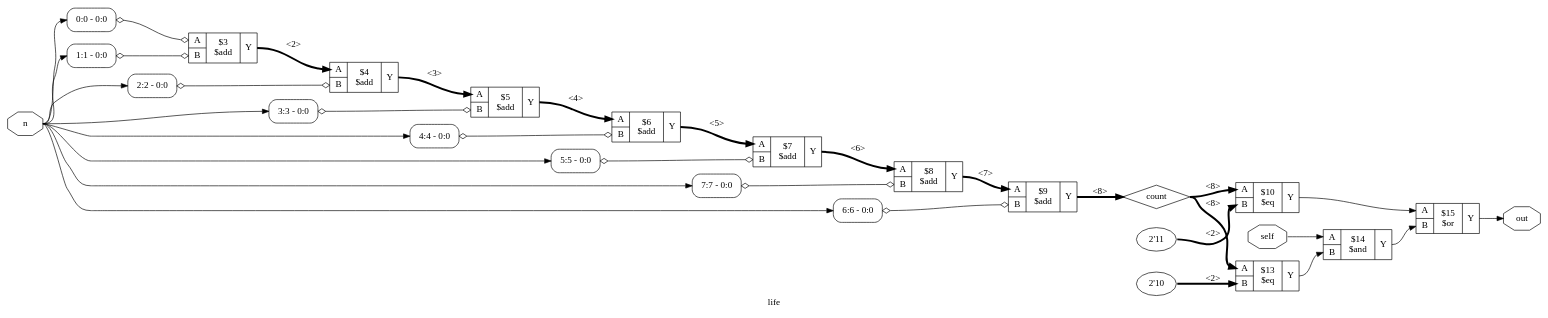
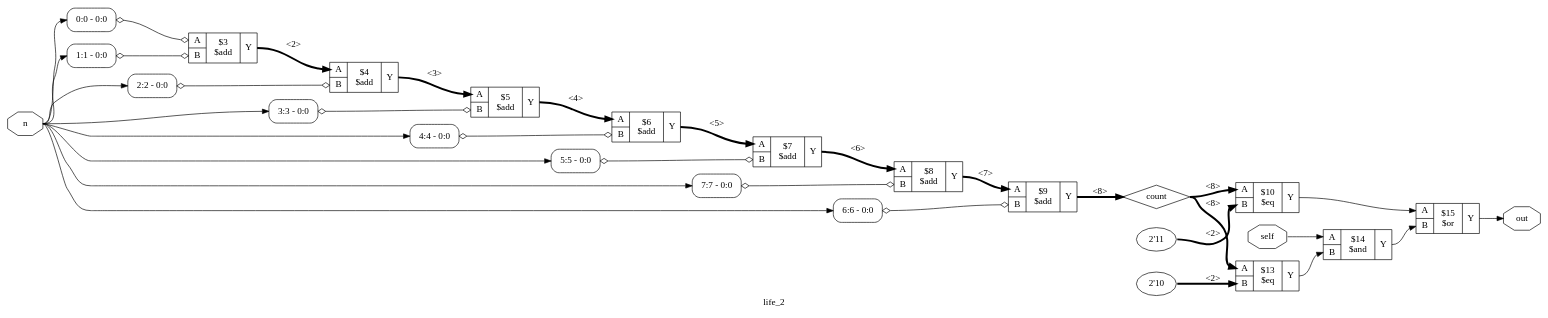
Before and after one commit to theo-learner/bFlow: the diagram in dot/life_2_df.dot, drawn with Graphviz. The commit also changed 57 other files, not shown here.

```diff
--- a/dot/life_2_df.dot
+++ b/dot/life_2_df.dot
@@ -1,62 +1,62 @@
-digraph "life" {
-label="life";
+digraph "life_2" {
+label="life_2";
 rankdir="LR";
 remincross=true;
 n2 [ shape=octagon, label="self", color="black", fontcolor="black" ];
 n3 [ shape=octagon, label="n", color="black", fontcolor="black" ];
 n4 [ shape=octagon, label="out", color="black", fontcolor="black" ];
 n5 [ shape=diamond, label="count", color="black", fontcolor="black" ];
 c18 [ shape=record, label="{{<p15> A|<p16> B}|$3\n$add|{<p17> Y}}" ];
 x0 [ shape=record, style=rounded, label="<s0> 0:0 - 0:0 " ];
 x0:e -> c18:p15:w [arrowhead=odiamond, arrowtail=odiamond, dir=both, color="black", label=""];
 x1 [ shape=record, style=rounded, label="<s0> 1:1 - 0:0 " ];
 x1:e -> c18:p16:w [arrowhead=odiamond, arrowtail=odiamond, dir=both, color="black", label=""];
 c19 [ shape=record, label="{{<p15> A|<p16> B}|$4\n$add|{<p17> Y}}" ];
 x2 [ shape=record, style=rounded, label="<s0> 2:2 - 0:0 " ];
 x2:e -> c19:p16:w [arrowhead=odiamond, arrowtail=odiamond, dir=both, color="black", label=""];
 c20 [ shape=record, label="{{<p15> A|<p16> B}|$5\n$add|{<p17> Y}}" ];
 x3 [ shape=record, style=rounded, label="<s0> 3:3 - 0:0 " ];
 x3:e -> c20:p16:w [arrowhead=odiamond, arrowtail=odiamond, dir=both, color="black", label=""];
 c21 [ shape=record, label="{{<p15> A|<p16> B}|$6\n$add|{<p17> Y}}" ];
 x4 [ shape=record, style=rounded, label="<s0> 4:4 - 0:0 " ];
 x4:e -> c21:p16:w [arrowhead=odiamond, arrowtail=odiamond, dir=both, color="black", label=""];
 c22 [ shape=record, label="{{<p15> A|<p16> B}|$7\n$add|{<p17> Y}}" ];
 x5 [ shape=record, style=rounded, label="<s0> 5:5 - 0:0 " ];
 x5:e -> c22:p16:w [arrowhead=odiamond, arrowtail=odiamond, dir=both, color="black", label=""];
 c23 [ shape=record, label="{{<p15> A|<p16> B}|$8\n$add|{<p17> Y}}" ];
 x6 [ shape=record, style=rounded, label="<s0> 7:7 - 0:0 " ];
 x6:e -> c23:p16:w [arrowhead=odiamond, arrowtail=odiamond, dir=both, color="black", label=""];
 c24 [ shape=record, label="{{<p15> A|<p16> B}|$9\n$add|{<p17> Y}}" ];
 x7 [ shape=record, style=rounded, label="<s0> 6:6 - 0:0 " ];
 x7:e -> c24:p16:w [arrowhead=odiamond, arrowtail=odiamond, dir=both, color="black", label=""];
 v8 [ label="2'11" ];
 c25 [ shape=record, label="{{<p15> A|<p16> B}|$10\n$eq|{<p17> Y}}" ];
 v9 [ label="2'10" ];
 c26 [ shape=record, label="{{<p15> A|<p16> B}|$13\n$eq|{<p17> Y}}" ];
 c27 [ shape=record, label="{{<p15> A|<p16> B}|$14\n$and|{<p17> Y}}" ];
 c28 [ shape=record, label="{{<p15> A|<p16> B}|$15\n$or|{<p17> Y}}" ];
 c22:p17:e -> c23:p15:w [color="black", style="setlinewidth(3)", label="<6>"];
 c23:p17:e -> c24:p15:w [color="black", style="setlinewidth(3)", label="<7>"];
 c25:p17:e -> c28:p15:w [color="black", label=""];
 c26:p17:e -> c27:p16:w [color="black", label=""];
 c27:p17:e -> c28:p16:w [color="black", label=""];
 n2:e -> c27:p15:w [color="black", label=""];
 n3:e -> x0:s0:w [color="black", label=""];
 n3:e -> x1:s0:w [color="black", label=""];
 n3:e -> x2:s0:w [color="black", label=""];
 n3:e -> x3:s0:w [color="black", label=""];
 n3:e -> x4:s0:w [color="black", label=""];
 n3:e -> x5:s0:w [color="black", label=""];
 n3:e -> x6:s0:w [color="black", label=""];
 n3:e -> x7:s0:w [color="black", label=""];
 c28:p17:e -> n4:w [color="black", label=""];
 c24:p17:e -> n5:w [color="black", style="setlinewidth(3)", label="<8>"];
 n5:e -> c25:p15:w [color="black", style="setlinewidth(3)", label="<8>"];
 n5:e -> c26:p15:w [color="black", style="setlinewidth(3)", label="<8>"];
 c18:p17:e -> c19:p15:w [color="black", style="setlinewidth(3)", label="<2>"];
 c19:p17:e -> c20:p15:w [color="black", style="setlinewidth(3)", label="<3>"];
 c20:p17:e -> c21:p15:w [color="black", style="setlinewidth(3)", label="<4>"];
 c21:p17:e -> c22:p15:w [color="black", style="setlinewidth(3)", label="<5>"];
 v8:e -> c25:p16:w [color="black", style="setlinewidth(3)", label="<2>"];
 v9:e -> c26:p16:w [color="black", style="setlinewidth(3)", label="<2>"];
 }
```
